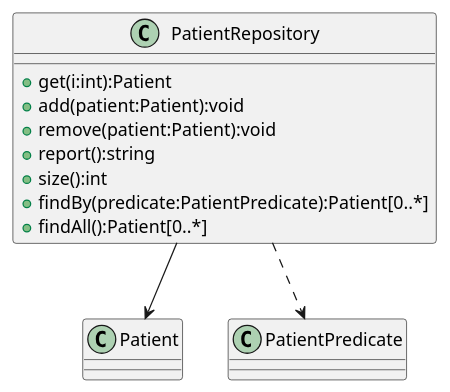
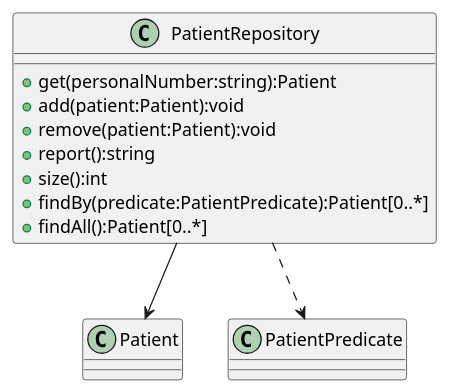
The diagram in uml/repositories/patientRepository.puml (Azex784/MedicalClinic), drawn with PlantUML before and after one commit. The commit also changed 20 other files, not shown here.

Commit message:
Refaktoryzacja diagramu, by bardziej odzwierciedlała centrum rehabilitacji

```diff
--- a/uml/repositories/patientRepository.puml
+++ b/uml/repositories/patientRepository.puml
@@ -1,15 +1,15 @@
 @startuml
 
 class PatientRepository{
-+get(i:int):Patient
++get(personalNumber:string):Patient
 +add(patient:Patient):void
 +remove(patient:Patient):void
 +report():string
 +size():int
 +findBy(predicate:PatientPredicate):Patient[0..*]
 +findAll():Patient[0..*]
 }
 
 PatientRepository --> Patient
 PatientRepository ..> PatientPredicate
 @enduml
```
